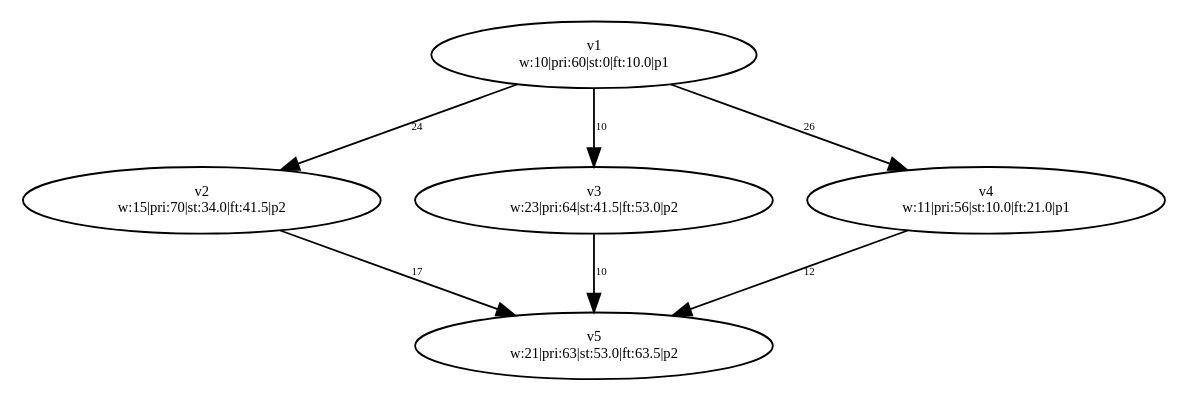
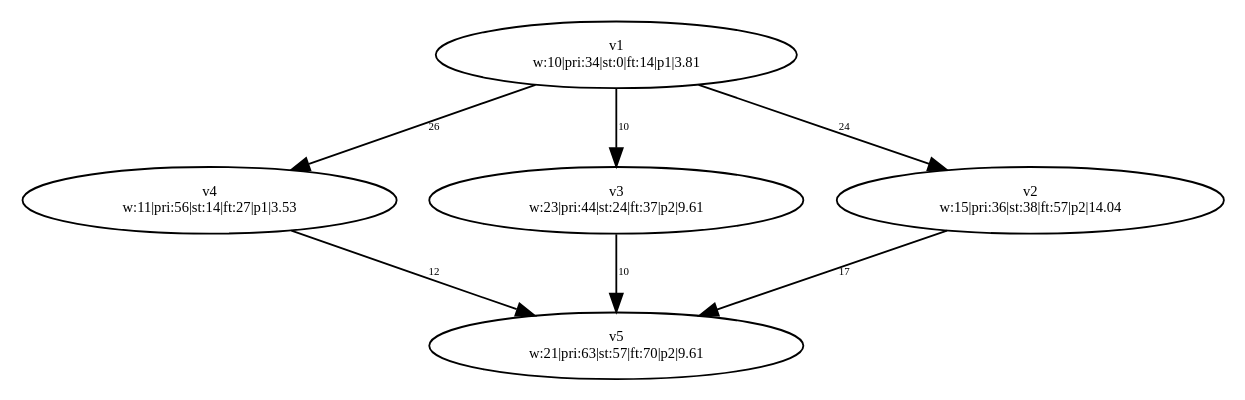
The diagram in PythonApplication1/PythonApplication1/test-output/slika_4.gv (dexters1/Task-Scheduling-Based-on-Genetic-Algorithms), drawn with Graphviz before and after one commit. The commit also changed 36 other files, not shown here.

```diff
--- a/PythonApplication1/PythonApplication1/test-output/slika_4.gv
+++ b/PythonApplication1/PythonApplication1/test-output/slika_4.gv
@@ -1,18 +1,18 @@
 digraph {
 	v1 [label="v1
-w:10|pri:60|st:0|ft:10.0|p1" fontsize=8.0]
+w:10|pri:34|st:0|ft:14|p1|3.81" fontsize=8.0]
+	v4 [label="v4
+w:11|pri:56|st:14|ft:27|p1|3.53" fontsize=8.0]
+	v3 [label="v3
+w:23|pri:44|st:24|ft:37|p2|9.61" fontsize=8.0]
 	v2 [label="v2
-w:15|pri:70|st:34.0|ft:41.5|p2" fontsize=8.0]
-	v3 [label="v3
-w:23|pri:64|st:41.5|ft:53.0|p2" fontsize=8.0]
-	v4 [label="v4
-w:11|pri:56|st:10.0|ft:21.0|p1" fontsize=8.0]
+w:15|pri:36|st:38|ft:57|p2|14.04" fontsize=8.0]
 	v5 [label="v5
-w:21|pri:63|st:53.0|ft:63.5|p2" fontsize=8.0]
+w:21|pri:63|st:57|ft:70|p2|9.61" fontsize=8.0]
 	v1 -> v2 [label=24 constraint=true fontsize=6.0]
 	v1 -> v3 [label=10 constraint=true fontsize=6.0]
 	v1 -> v4 [label=26 constraint=true fontsize=6.0]
 	v2 -> v5 [label=17 constraint=true fontsize=6.0]
 	v3 -> v5 [label=10 constraint=true fontsize=6.0]
 	v4 -> v5 [label=12 constraint=true fontsize=6.0]
 }
```
